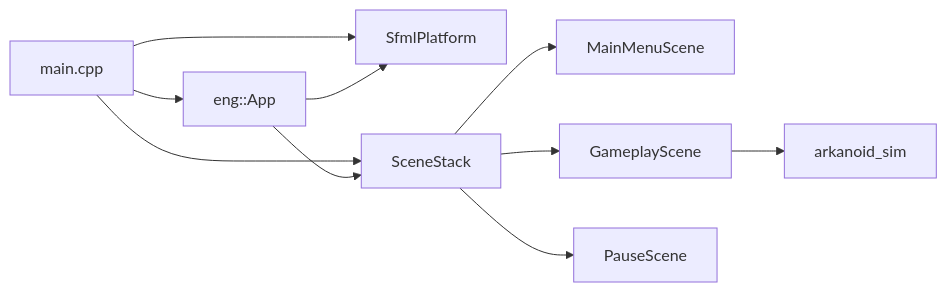
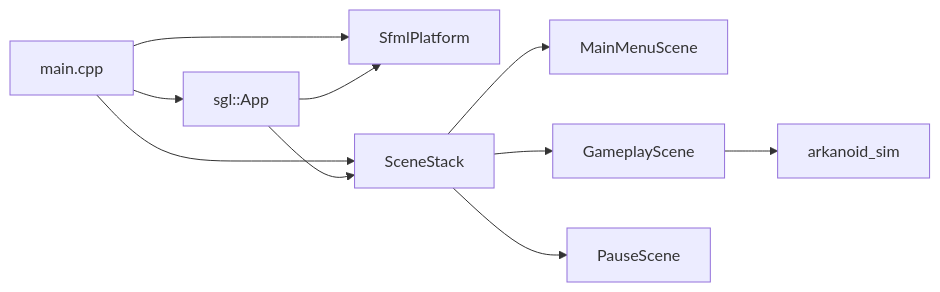
The diagram in mvp/10-engine-progress.md (kblaszki/business-game), drawn with Mermaid before and after one commit. The commit also changed other lines of this file and 188 other files, not shown here.

Commit message:
Rename the engine namespace from eng to sgl so the lab name matches the code.

````diff
--- a/mvp/10-engine-progress.md
+++ b/mvp/10-engine-progress.md
@@ -81,12 +81,12 @@
 ```mermaid
 flowchart LR
-  Main[main.cpp] --> App[eng::App]
+  Main[main.cpp] --> App[sgl::App]
   Main --> Plat[SfmlPlatform]
   Main --> Stack[SceneStack]
   App --> Plat
   App --> Stack
   Stack --> Menu[MainMenuScene]
   Stack --> Play[GameplayScene]
   Stack --> Pause[PauseScene]
   Play --> Sim[arkanoid_sim]
 ```
````
